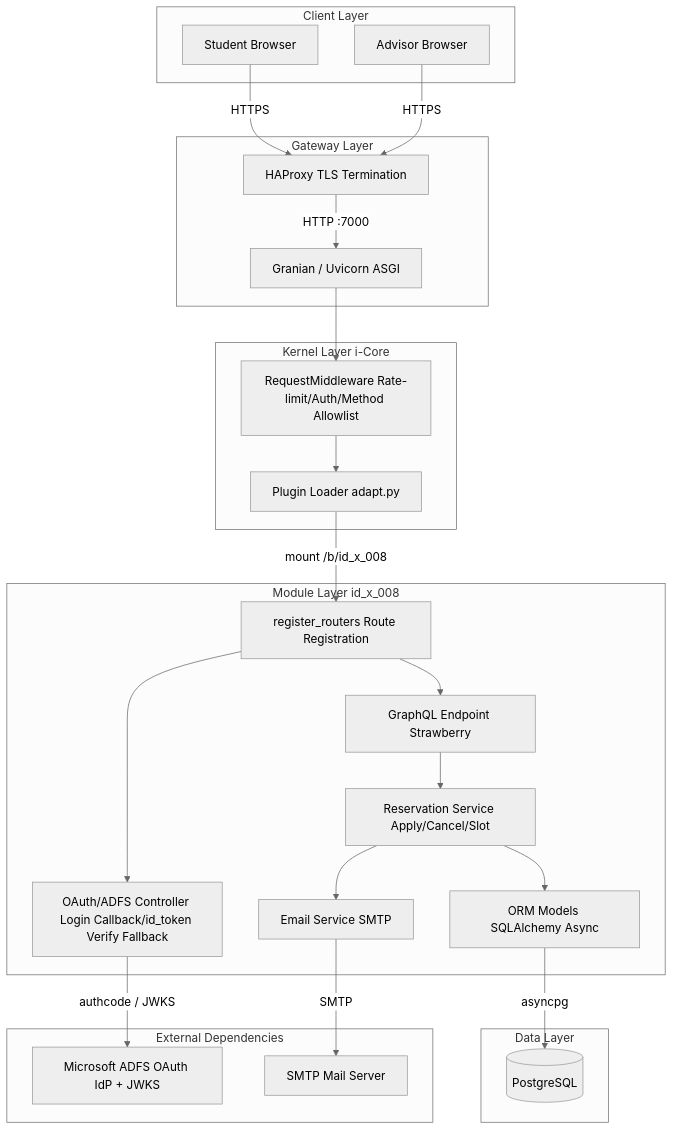
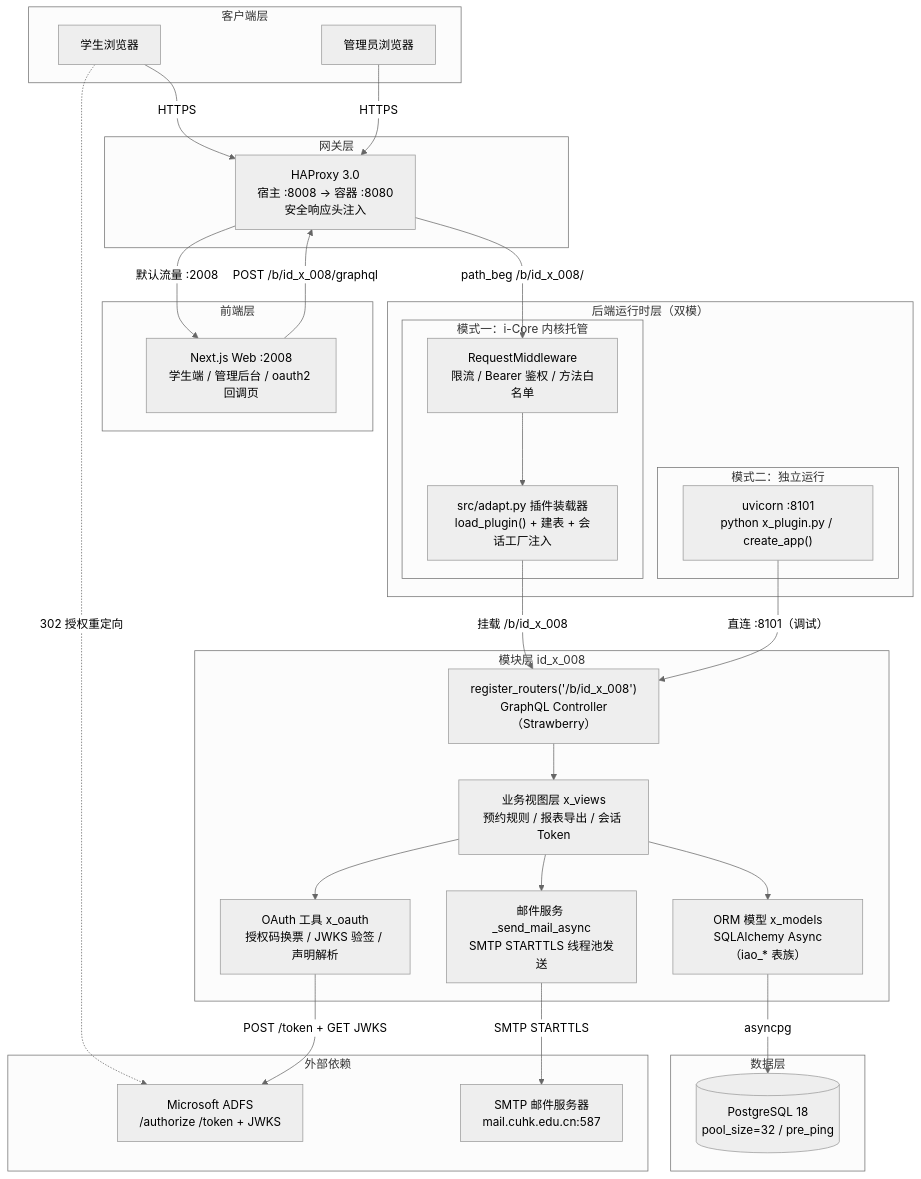
Before and after one commit to i-TorchLabs/id_x_008: the first of 2 diagrams in README.md, drawn with Mermaid (neutral theme). The commit also changed other lines of this file, not shown here.

````diff
--- a/README.md
+++ b/README.md
@@ -58,50 +63,59 @@
 ```mermaid
 graph TD
-    subgraph Client Layer
-        STU[Student Browser]
-        ADV[Advisor Browser]
+    subgraph CLIENT["客户端层"]
+        STU["学生浏览器"]
+        ADM["管理员浏览器"]
     end
 
-    subgraph Gateway Layer
-        HP[HAProxy TLS Termination]
-        GW[Granian / Uvicorn ASGI]
+    subgraph GATEWAY["网关层"]
+        HP["HAProxy 3.0<br/>宿主 :8008 → 容器 :8080<br/>安全响应头注入"]
     end
 
-    subgraph Kernel Layer i-Core
-        MW[RequestMiddleware Rate-limit/Auth/Method Allowlist]
-        ADAPT[Plugin Loader adapt.py]
+    subgraph FRONT["前端层"]
+        WEB["Next.js Web :2008<br/>学生端 / 管理后台 / oauth2 回调页"]
     end
 
-    subgraph Module Layer id_x_008
-        ROUTER[register_routers Route Registration]
-        AUTH[OAuth/ADFS Controller Login Callback/id_token Verify Fallback]
-        GQL[GraphQL Endpoint Strawberry]
-        SVC[Reservation Service Apply/Cancel/Slot]
-        MAIL[Email Service SMTP]
-        ORM[ORM Models SQLAlchemy Async]
+    subgraph RUNTIME["后端运行时层（双模）"]
+        subgraph KERNEL["模式一：i-Core 内核托管"]
+            MW["RequestMiddleware<br/>限流 / Bearer 鉴权 / 方法白名单"]
+            ADAPT["src/adapt.py 插件装载器<br/>load_plugin() + 建表 + 会话工厂注入"]
+        end
+        subgraph STANDALONE["模式二：独立运行"]
+            UV["uvicorn :8101<br/>python x_plugin.py / create_app()"]
+        end
     end
 
-    subgraph Data Layer
-        PG[(PostgreSQL)]
+    subgraph MODULE["模块层 id_x_008"]
+        RT["register_routers('/b/id_x_008')<br/>GraphQL Controller（Strawberry）"]
+        VIEWS["业务视图层 x_views<br/>预约规则 / 报表导出 / 会话 Token"]
+        OAUTH["OAuth 工具 x_oauth<br/>授权码换票 / JWKS 验签 / 声明解析"]
+        MAIL["邮件服务 _send_mail_async<br/>SMTP STARTTLS 线程池发送"]
+        ORM["ORM 模型 x_models<br/>SQLAlchemy Async（iao_* 表族）"]
     end
 
-    subgraph External Dependencies
-        ADFS[Microsoft ADFS OAuth IdP + JWKS]
-        SMTP[SMTP Mail Server]
+    subgraph DATA["数据层"]
+        PG[("PostgreSQL 18<br/>pool_size=32 / pre_ping")]
     end
 
-    STU -->|HTTPS| HP
-    ADV -->|HTTPS| HP
-    HP -->|HTTP :7000| GW
-    GW --> MW
+    subgraph EXTERNAL["外部依赖"]
+        ADFS["Microsoft ADFS<br/>/authorize /token + JWKS"]
+        SMTP["SMTP 邮件服务器<br/>mail.cuhk.edu.cn:587"]
+    end
+
+    STU -->|"HTTPS"| HP
+    ADM -->|"HTTPS"| HP
+    STU -.->|"302 授权重定向"| ADFS
+    HP -->|"path_beg /b/id_x_008/"| MW
+    HP -->|"默认流量 :2008"| WEB
+    WEB -->|"POST /b/id_x_008/graphql"| HP
     MW --> ADAPT
-    ADAPT -->|mount /b/id_x_008| ROUTER
-    ROUTER --> AUTH
-    ROUTER --> GQL
-    AUTH -->|authcode / JWKS| ADFS
-    GQL --> SVC
-    SVC --> ORM
-    SVC --> MAIL
-    ORM -->|asyncpg| PG
-    MAIL -->|SMTP| SMTP
+    ADAPT -->|"挂载 /b/id_x_008"| RT
+    UV -->|"直连 :8101（调试）"| RT
+    RT --> VIEWS
+    VIEWS --> OAUTH
+    VIEWS --> MAIL
+    VIEWS --> ORM
+    OAUTH -->|"POST /token + GET JWKS"| ADFS
+    MAIL -->|"SMTP STARTTLS"| SMTP
+    ORM -->|"asyncpg"| PG
 ```
````
